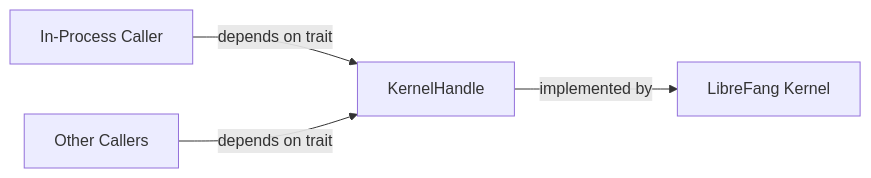
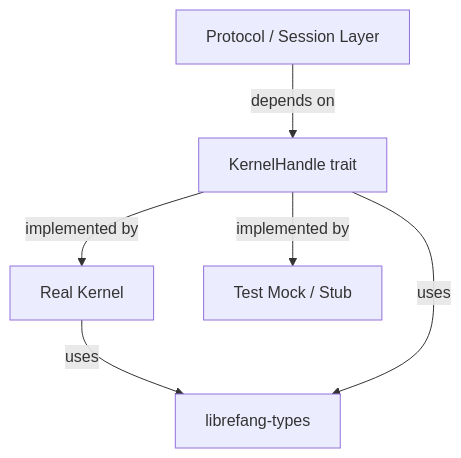
The diagram in other-librefang-kernel-handle.md (leszek3737/librefang-WIki), drawn with Mermaid before and after one commit. The commit also changed other lines of this file and 70 other files, not shown here.

````diff
--- a/other-librefang-kernel-handle.md
+++ b/other-librefang-kernel-handle.md
@@ -13,6 +17,8 @@
 ```mermaid
-graph LR
-    A[In-Process Caller] -->|depends on trait| B[KernelHandle]
-    B -->|implemented by| C[LibreFang Kernel]
-    D[Other Callers] -->|depends on trait| B
+graph TD
+    A[Protocol / Session Layer] -->|depends on| B[KernelHandle trait]
+    B -->|implemented by| C[Real Kernel]
+    B -->|implemented by| D[Test Mock / Stub]
+    C -->|uses| E[librefang-types]
+    B -->|uses| E
 ```
````
